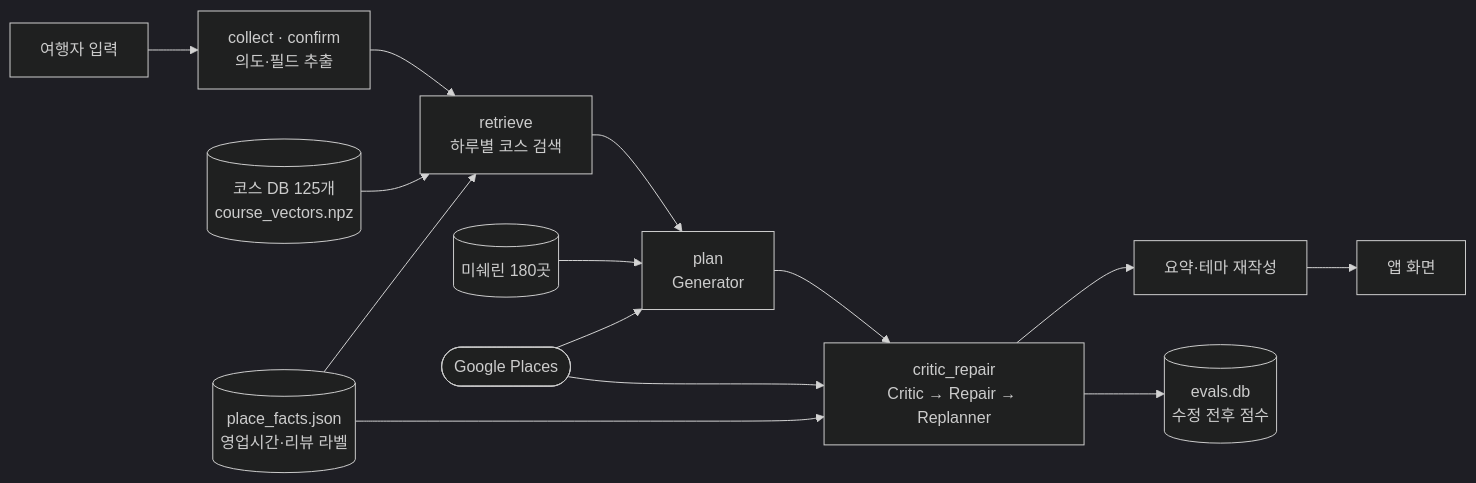
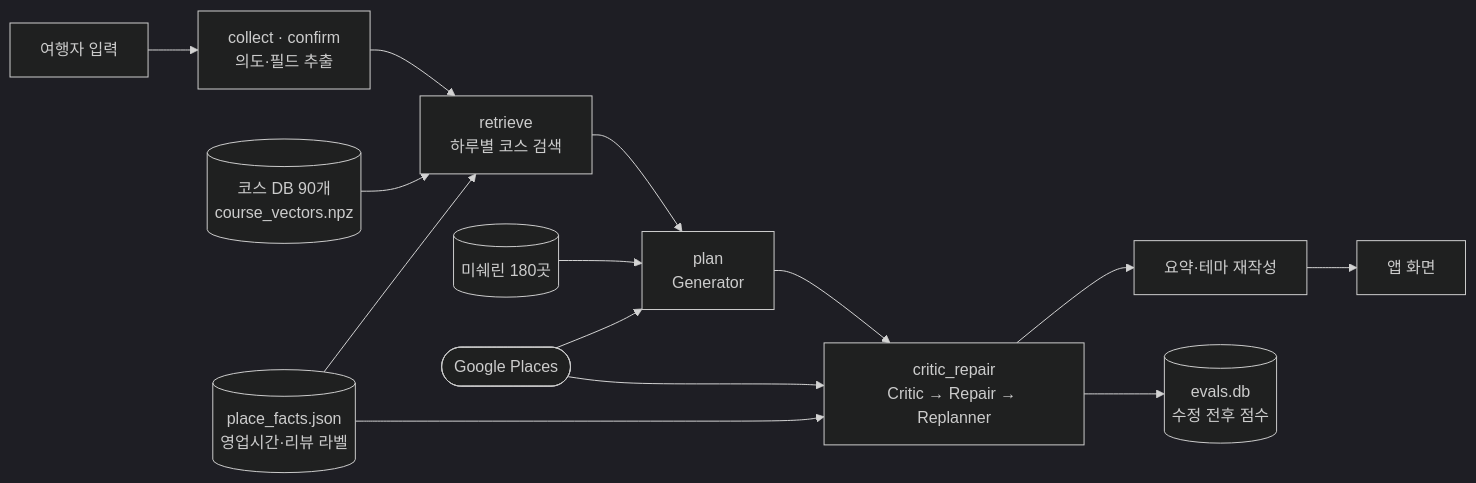
The first of 2 diagrams in README.md (zzhynny/seoulfit_ui), drawn with Mermaid (dark theme) before and after one commit. The commit also changed other lines of this file and 36 other files, not shown here.

````diff
--- a/README.md
+++ b/README.md
@@ -12,17 +12,17 @@
 ```mermaid
 flowchart LR
     U[여행자 입력] --> C[collect · confirm<br/>의도·필드 추출]
     C --> R[retrieve<br/>하루별 코스 검색]
     R --> P[plan<br/>Generator]
     P --> CR[critic_repair<br/>Critic → Repair → Replanner]
     CR --> D[요약·테마 재작성]
     D --> A[앱 화면]
 
-    DB[(코스 DB 125개<br/>course_vectors.npz)] --> R
+    DB[(코스 DB 90개<br/>course_vectors.npz)] --> R
     M[(미쉐린 180곳)] --> P
     G([Google Places]) --> P
     PF[(place_facts.json<br/>영업시간·리뷰 라벨)] --> R
     PF --> CR
     G --> CR
     CR --> E[(evals.db<br/>수정 전후 점수)]
 ```
````
